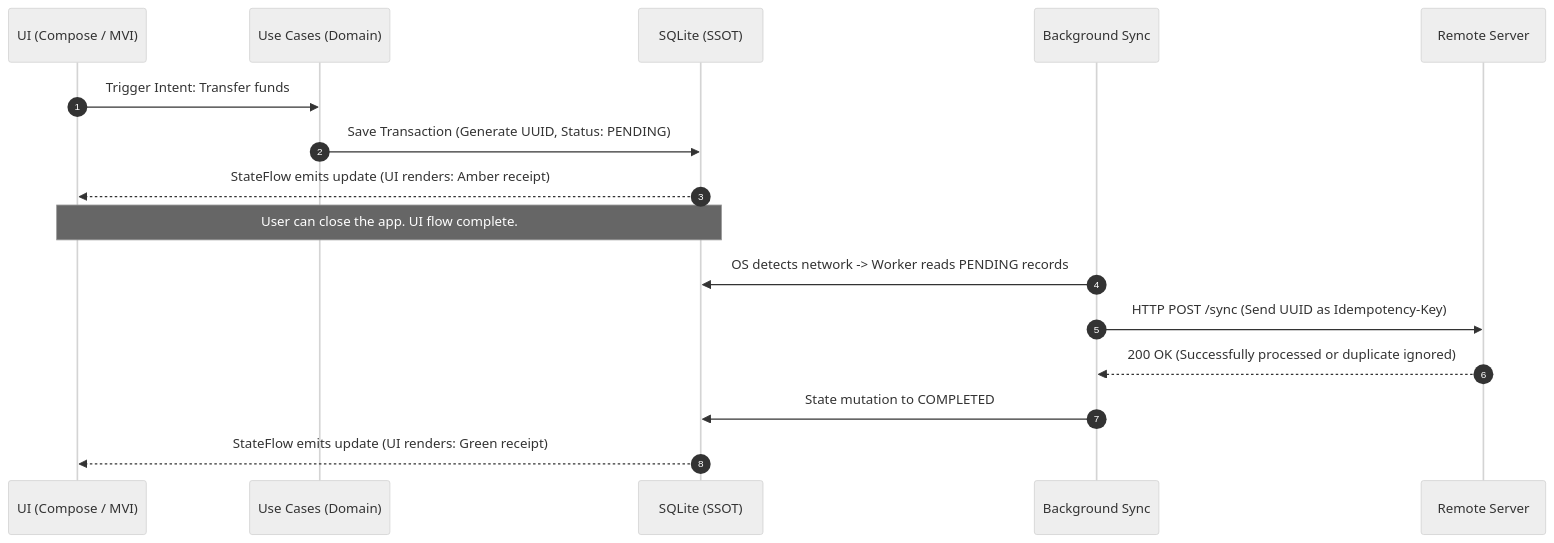
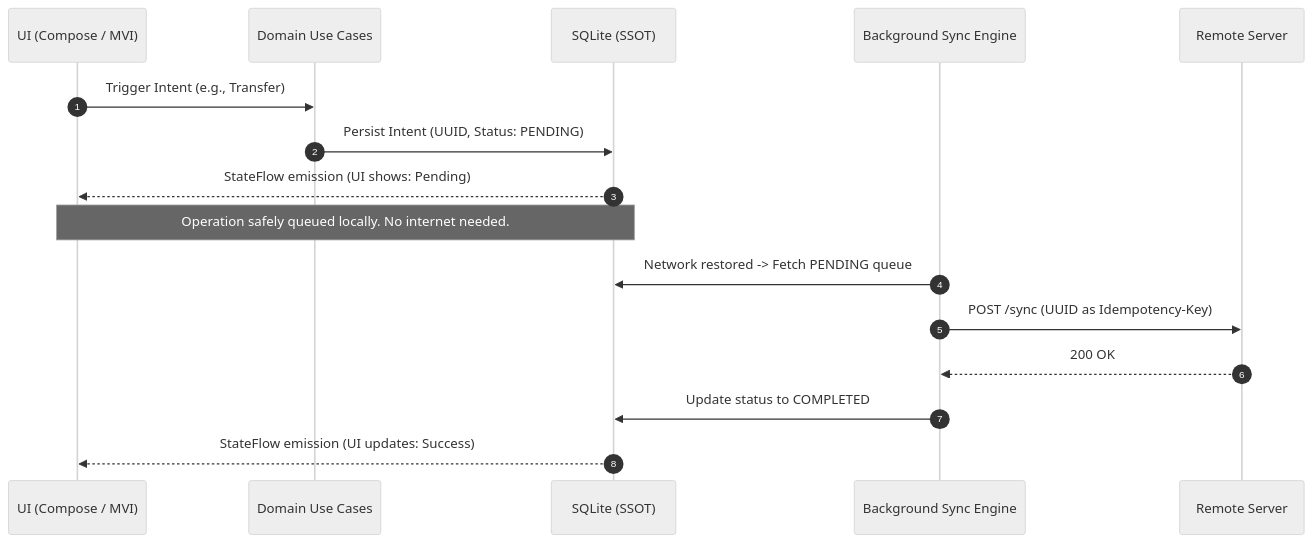
One commit to JastinBolanos/Boveda-KMP changed the diagram in README.md. Above: the diagram before and after it, drawn with Mermaid (neutral theme). The commit also changed other lines of this file, not shown here.

First line of the commit message:
docs(readme): rewrite to focus on offline-first sync engine

````diff
--- a/README.md
+++ b/README.md
@@ -95,20 +53,20 @@
 ```mermaid
 sequenceDiagram
     autonumber
-    participant View as UI (Compose / MVI)
-    participant Domain as Use Cases (Domain)
+    participant UI as UI (Compose / MVI)
+    participant Domain as Domain Use Cases
     participant DB as SQLite (SSOT)
-    participant Worker as Background Sync
+    participant Worker as Background Sync Engine
     participant API as Remote Server
 
-    View->>Domain: Trigger Intent: Transfer funds
-    Domain->>DB: Save Transaction (Generate UUID, Status: PENDING)
-    DB-->>View: StateFlow emits update (UI renders: Amber receipt)
-    Note over View, DB: User can close the app. UI flow complete.
-    Worker->>DB: OS detects network -> Worker reads PENDING records
-    Worker->>API: HTTP POST /sync (Send UUID as Idempotency-Key)
-    API-->>Worker: 200 OK (Successfully processed or duplicate ignored)
-    Worker->>DB: State mutation to COMPLETED
-    DB-->>View: StateFlow emits update (UI renders: Green receipt)
+    UI->>Domain: Trigger Intent (e.g., Transfer)
+    Domain->>DB: Persist Intent (UUID, Status: PENDING)
+    DB-->>UI: StateFlow emission (UI shows: Pending)
+    Note over UI, DB: Operation safely queued locally. No internet needed.
+    Worker->>DB: Network restored -> Fetch PENDING queue
+    Worker->>API: POST /sync (UUID as Idempotency-Key)
+    API-->>Worker: 200 OK
+    Worker->>DB: Update status to COMPLETED
+    DB-->>UI: StateFlow emission (UI updates: Success)
     
 ```
````
